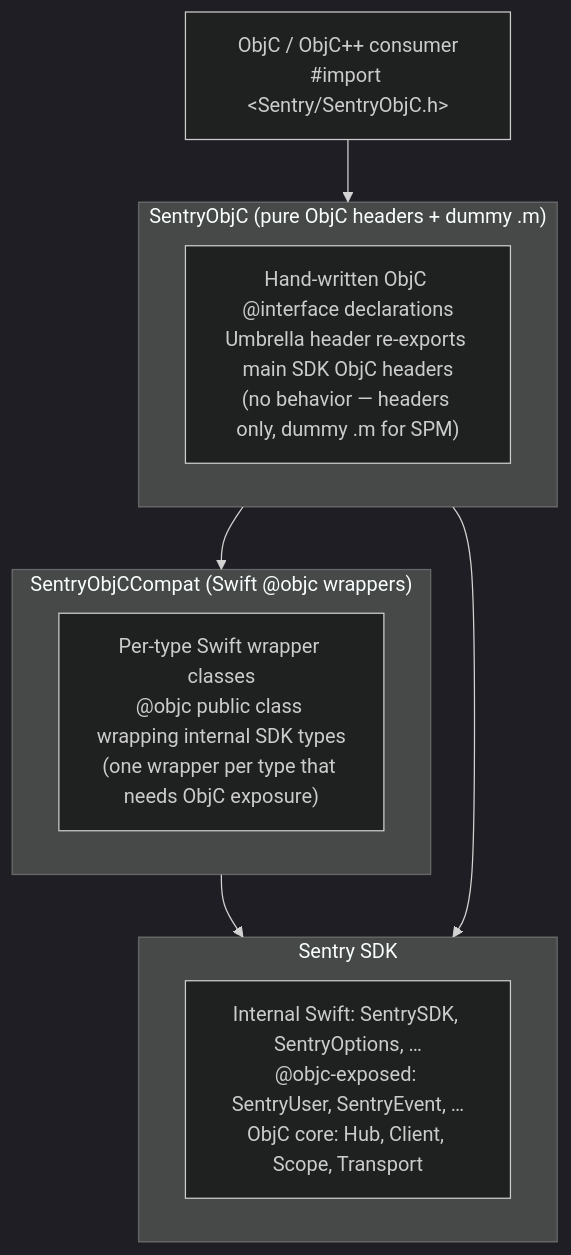
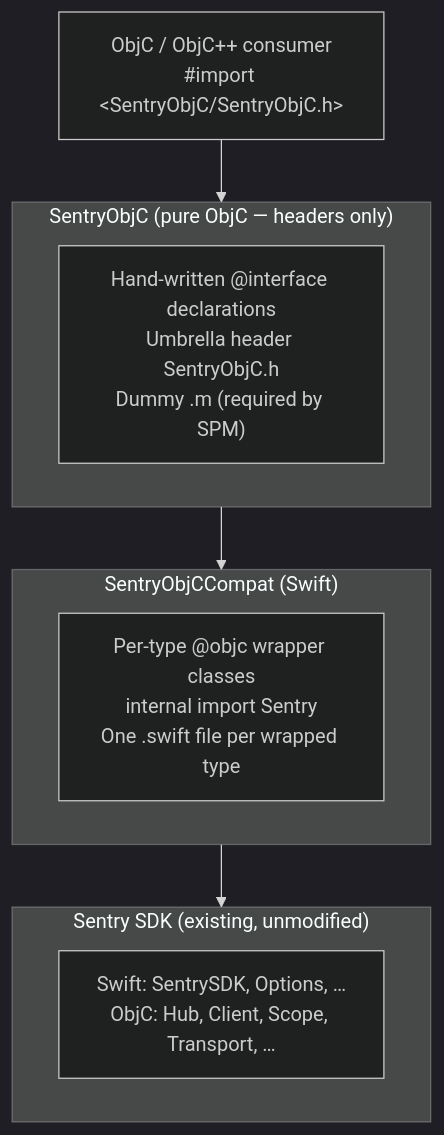
Before and after one commit to getsentry/sentry-cocoa: the diagram in develop-docs/SENTRY-OBJC.md, drawn with Mermaid (dark theme). The commit also changed other lines of this file, not shown here.

First line of the commit message:
docs: rewrite SENTRY-OBJC.md to match actual architecture

````diff
--- a/develop-docs/SENTRY-OBJC.md
+++ b/develop-docs/SENTRY-OBJC.md
@@ -39,21 +45,20 @@
 ```mermaid
 graph TD
-    Consumer["ObjC / ObjC++ consumer<br/>#import &lt;Sentry/SentryObjC.h&gt;"]
+    Consumer["ObjC / ObjC++ consumer<br/>#import &lt;SentryObjC/SentryObjC.h&gt;"]
 
-    subgraph SentryObjC["SentryObjC (pure ObjC headers + dummy .m)"]
-        Headers["Hand-written ObjC @interface declarations<br/>Umbrella header re-exports main SDK ObjC headers<br/>(no behavior — headers only, dummy .m for SPM)"]
+    subgraph SentryObjC["SentryObjC (pure ObjC — headers only)"]
+        Headers["Hand-written @interface declarations<br/>Umbrella header SentryObjC.h<br/>Dummy .m (required by SPM)"]
     end
 
-    subgraph SentryObjCCompat["SentryObjCCompat (Swift @objc wrappers)"]
-        Wrappers["Per-type Swift wrapper classes<br/>@objc public class wrapping internal SDK types<br/>(one wrapper per type that needs ObjC exposure)"]
+    subgraph SentryObjCCompat["SentryObjCCompat (Swift)"]
+        Wrappers["Per-type @objc wrapper classes<br/>internal import Sentry<br/>One .swift file per wrapped type"]
     end
 
-    subgraph Sentry["Sentry SDK"]
-        SDK["Internal Swift: SentrySDK, SentryOptions, …<br/>@objc-exposed: SentryUser, SentryEvent, …<br/>ObjC core: Hub, Client, Scope, Transport"]
+    subgraph Sentry["Sentry SDK (existing, unmodified)"]
+        SDK["Swift: SentrySDK, Options, …<br/>ObjC: Hub, Client, Scope, Transport, …"]
     end
 
     Consumer --> SentryObjC
     SentryObjC --> SentryObjCCompat
     SentryObjCCompat --> Sentry
-    SentryObjC --> Sentry
 ```
````
